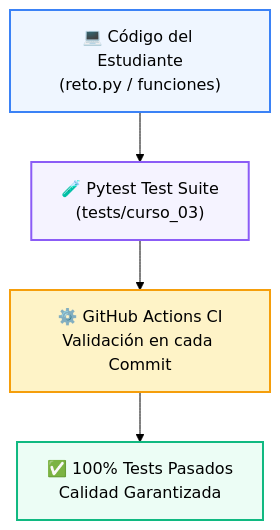
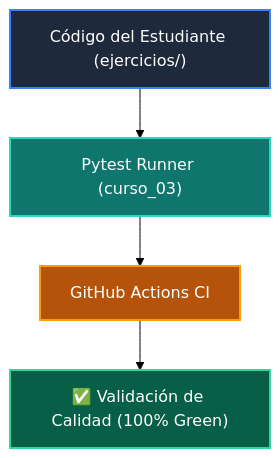
The diagram in tests/curso_03/README.md (wisrovi/wisrovi-python), drawn with Mermaid (forest theme) before and after one commit. The commit also changed other lines of this file and 271 other files, not shown here.

Commit message:
docs: rewrite all README.md files with bespoke topic-specific Mermaid diagrams and remove repetitive boilerplate

````diff
--- a/tests/curso_03/README.md
+++ b/tests/curso_03/README.md
@@ -10,11 +9,11 @@
 ```mermaid
 flowchart TD
-    DEV["💻 Código del Estudiante<br/>(reto.py / funciones)"] --> PYTEST["🧪 Pytest Test Suite<br/>(tests/curso_03)"]
-    PYTEST --> CI["⚙️ GitHub Actions CI<br/>Validación en cada Commit"]
-    CI --> PASS["✅ 100% Tests Pasados<br/>Calidad Garantizada"]
+    CODE["Código del Estudiante (ejercicios/)"] --> PYTEST["Pytest Runner (curso_03)"]
+    PYTEST --> CI["GitHub Actions CI"]
+    CI --> PASS["✅ Validación de Calidad (100% Green)"]
 
-    style DEV fill:#eff6ff,stroke:#3b82f6,stroke-width:2px
-    style PYTEST fill:#f5f3ff,stroke:#8b5cf6,stroke-width:2px
-    style CI fill:#fef3c7,stroke:#f59e0b,stroke-width:2px
-    style PASS fill:#ecfdf5,stroke:#10b981,stroke-width:2px
+    style CODE fill:#1e293b,color:#fff,stroke:#3b82f6,stroke-width:2px
+    style PYTEST fill:#0f766e,color:#fff,stroke:#2dd4bf,stroke-width:2px
+    style CI fill:#b45309,color:#fff,stroke:#f59e0b,stroke-width:2px
+    style PASS fill:#065f46,color:#fff,stroke:#34d399,stroke-width:2px
 ```
````
